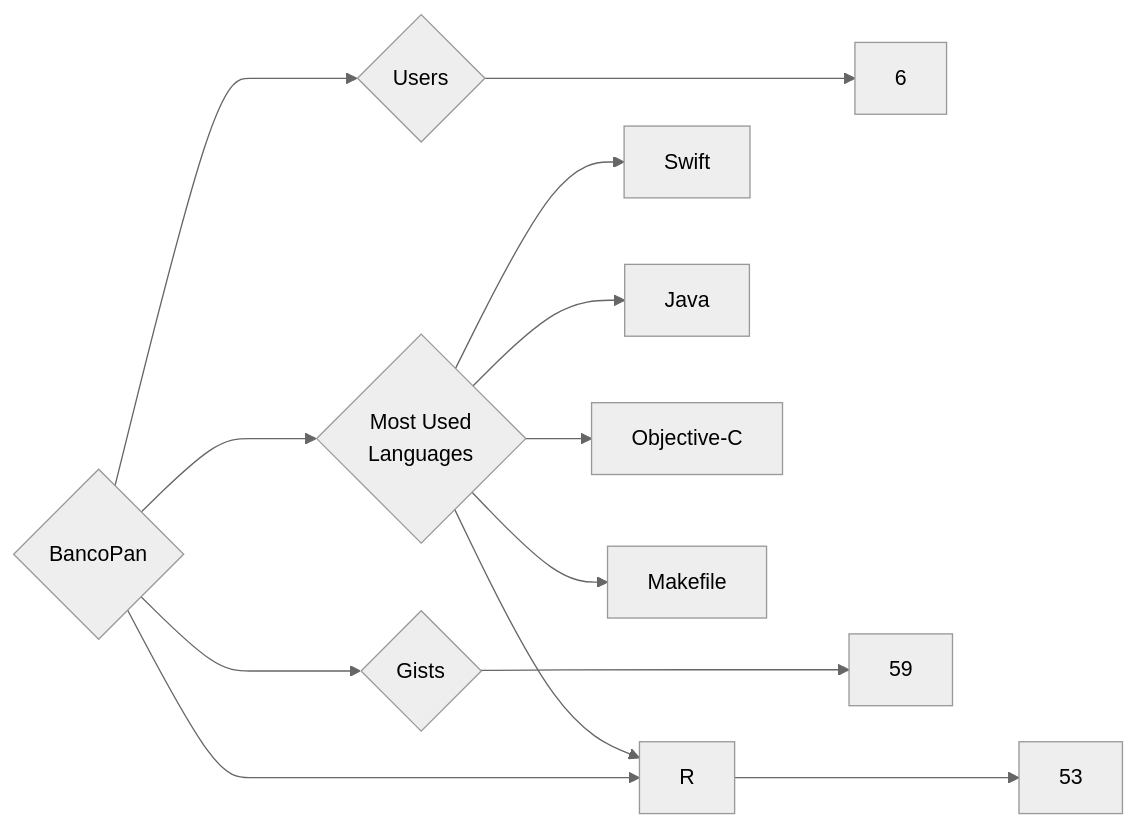
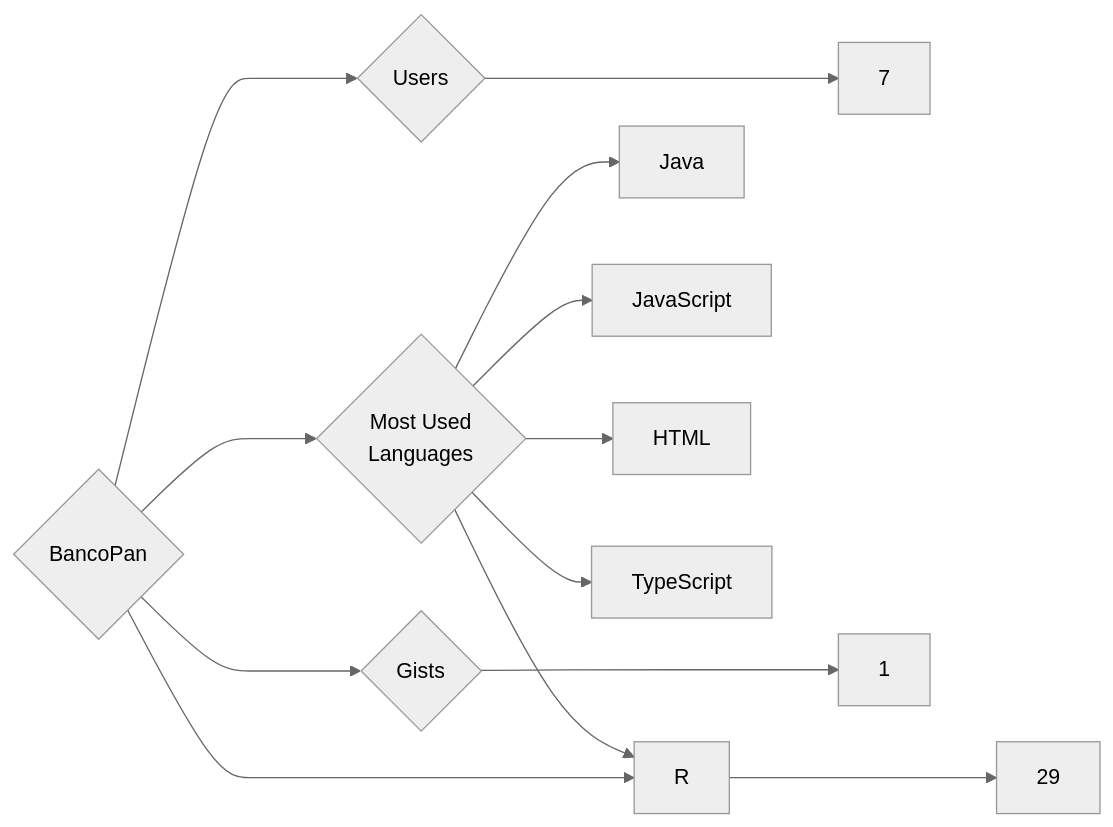
The diagram in targets/BancoPan/README.md (trickest/insiders), drawn with Mermaid (neutral theme) before and after one commit. The commit also changed 998 other files, not shown here.

````diff
--- a/targets/BancoPan/README.md
+++ b/targets/BancoPan/README.md
@@ -3,13 +3,13 @@
 ```mermaid
 graph LR
 COMPANY_NAME{BancoPan}
-COMPANY_NAME ---> U{Users} ---> UN[6]
-COMPANY_NAME ---> R{Repositories} ---> RN[53]
-COMPANY_NAME ---> G{Gists} ---> GN[59]
+COMPANY_NAME ---> U{Users} ---> UN[7]
+COMPANY_NAME ---> R{Repositories} ---> RN[29]
+COMPANY_NAME ---> G{Gists} ---> GN[1]
 COMPANY_NAME ---> ML{Most Used<br>Languages}
-ML --> Swift[Swift]
 ML --> Java[Java]
 ML --> R[R]
-ML --> Objective-C[Objective-C]
-ML --> Makefile[Makefile]
+ML --> JavaScript[JavaScript]
+ML --> HTML[HTML]
+ML --> TypeScript[TypeScript]
 ```
````
